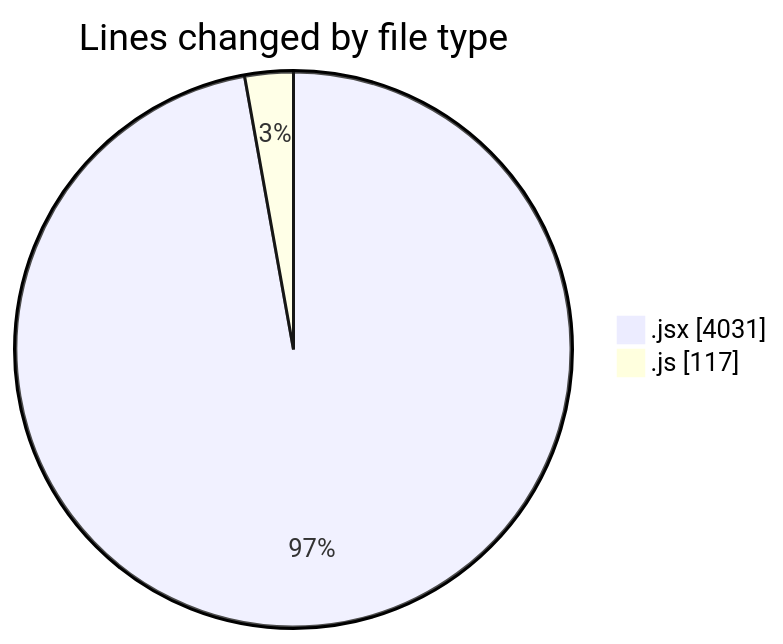
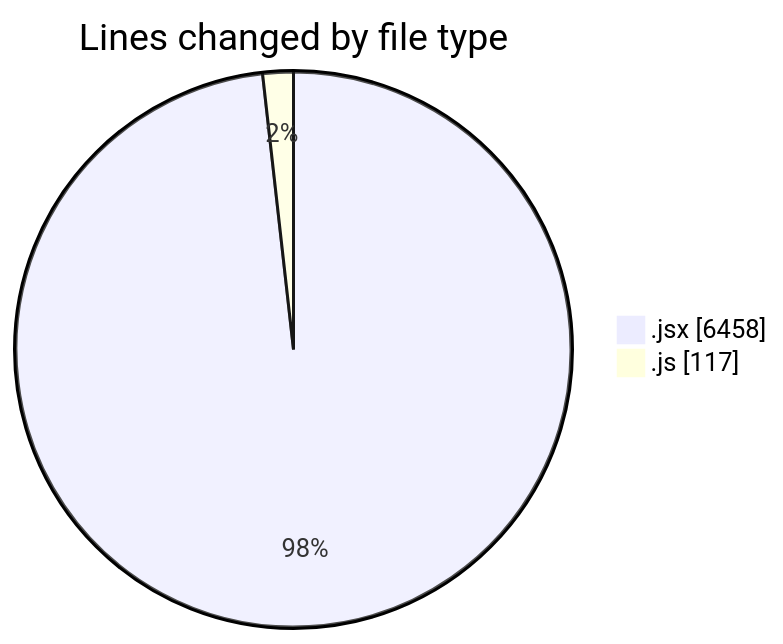
Before and after one commit to nxtqubesakshisongat/code-tracking: the first of 2 diagrams in 2026-01-12/nxtqube_webapp/README.md, drawn with Mermaid. The commit also changed other lines of this file and 1 other file, not shown here.

````diff
--- a/2026-01-12/nxtqube_webapp/README.md
+++ b/2026-01-12/nxtqube_webapp/README.md
@@ -28,6 +29,6 @@
 ```mermaid
 pie showData
 title Lines changed by file type
-".jsx" : 4031
+".jsx" : 6458
 ".js" : 117
 ```
````
